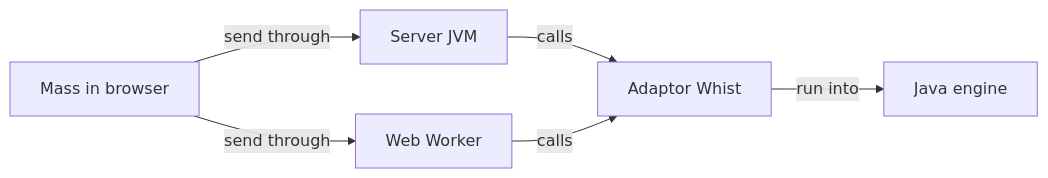
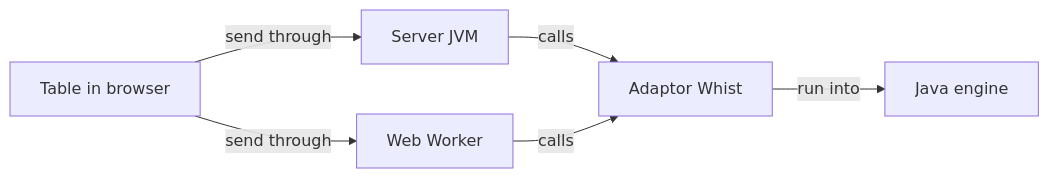
One commit to crististefanita/atf_j4 changed the second of 3 diagrams in atf-ui-browser/README.md. Above: the diagram before and after it, drawn with Mermaid. The commit also changed other lines of this file and 126 other files, not shown here.

````diff
--- a/atf-ui-browser/README.md
+++ b/atf-ui-browser/README.md
@@ -36,13 +36,13 @@
 ```mermaid
 flowchart LR
-    Page[Mass in browser]
+    Page[Table in browser]
     Http[Server JVM]
     Worker[Web Worker]
     Adapter[Adaptor Whist]
     Engine[Java engine]
     Page -->|send through| Http
     Page -->|send through| Worker
     Http -->|calls| Adapter
     Worker -->|calls| Adapter
     Adapter -->|run into| Engine
 ```
````
